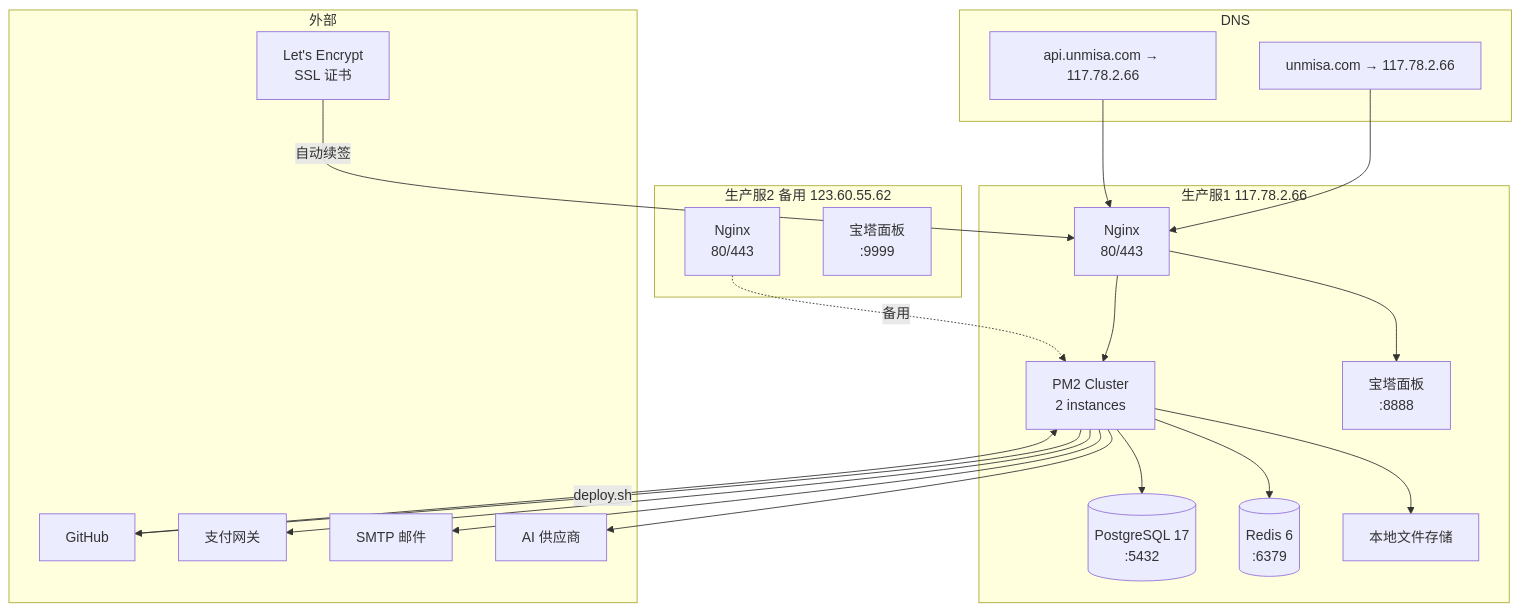
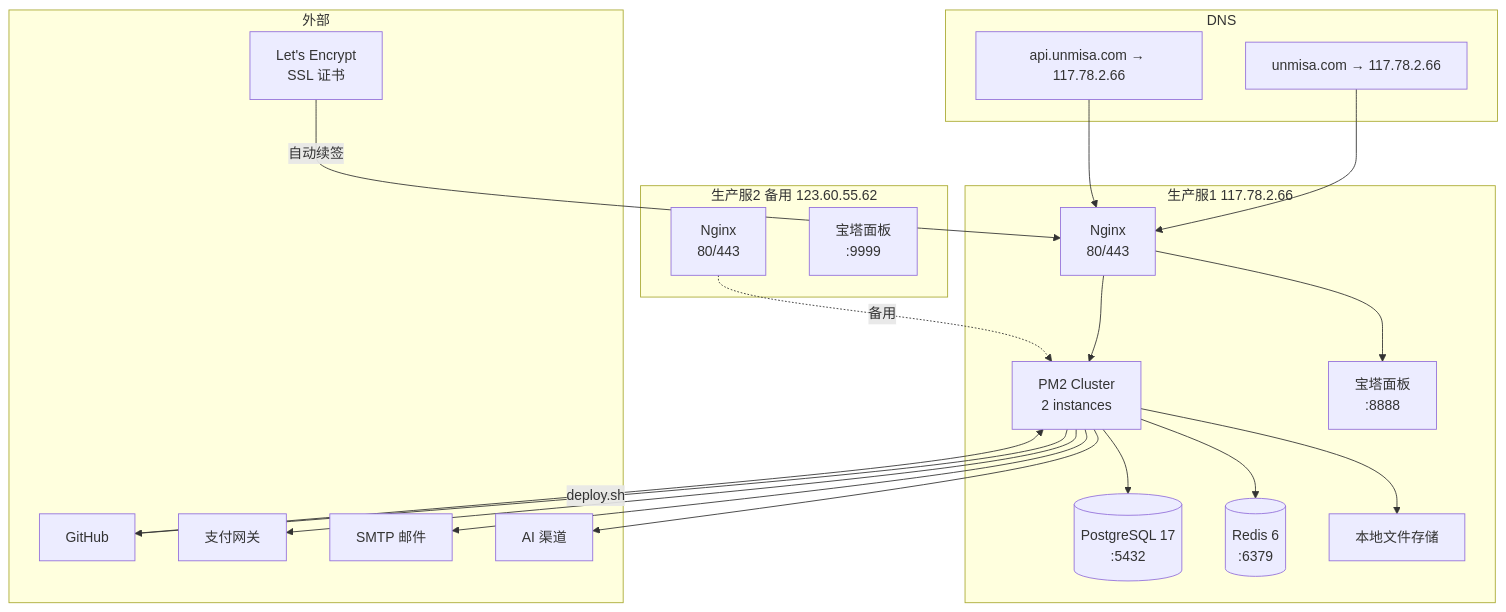
The second of 7 diagrams in docs/architecture.md (k19008800/3c), drawn with Mermaid before and after one commit. The commit also changed other lines of this file and 616 other files, not shown here.

````diff
--- a/docs/architecture.md
+++ b/docs/architecture.md
@@ -105,46 +105,46 @@
 ```mermaid
 graph TB
     subgraph 生产服1 [生产服1 117.78.2.66]
         NGX1[Nginx<br/>80/443]
         PM2[PM2 Cluster<br/>2 instances]
         PG1[(PostgreSQL 17<br/>:5432)]
         RD1[(Redis 6<br/>:6379)]
         FS1[本地文件存储]
         BT[宝塔面板<br/>:8888]
     end
 
     subgraph 生产服2 [生产服2 备用 123.60.55.62]
         NGX2[Nginx<br/>80/443]
         BT2[宝塔面板<br/>:9999]
     end
 
     subgraph DNS
         DNS1[unmisa.com → 117.78.2.66]
         DNS2[api.unmisa.com → 117.78.2.66]
     end
 
     subgraph 外部
         GIT[GitHub]
         LETS[Let's Encrypt<br/>SSL 证书]
         PAYGW[支付网关]
         MAIL[SMTP 邮件]
-        PROVIDERS[AI 供应商]
+        PROVIDERS[AI 渠道]
     end
 
     DNS1 --> NGX1
     DNS2 --> NGX1
     NGX1 --> PM2
     PM2 --> PG1
     PM2 --> RD1
     PM2 --> FS1
     PM2 --> PROVIDERS
     PM2 --> PAYGW
     PM2 --> MAIL
 
     NGX1 --> BT
     PM2 --> GIT
     GIT -->|deploy.sh| PM2
     LETS -->|自动续签| NGX1
 
     NGX2 -.->|备用| PM2
 ```
````
